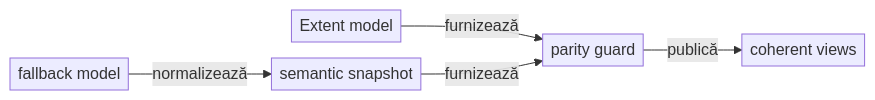
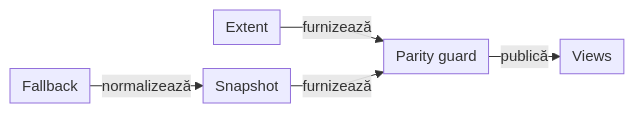
Before and after one commit to crististefanita/atf_j0: the eighth of 11 diagrams in docs/ATF_Architecture.md, drawn with Mermaid. The commit also changed other lines of this file and 97 other files, not shown here.

````diff
--- a/docs/ATF_Architecture.md
+++ b/docs/ATF_Architecture.md
@@ -557,12 +618,12 @@
 ```mermaid
-%%{init: {"themeVariables": {"fontSize": "16px"}, "themeCSS": ".edgeLabel p { font-size: 13px; line-height: 1.1; margin: 0; padding: 0 2px; }", "flowchart": {"nodeSpacing": 16, "rankSpacing": 48, "padding": 4}}}%%
+%%{init: {"themeVariables":{"fontSize":"15px"},"themeCSS":".nodeLabel, .nodeLabel p { font-size: 15px !important; line-height: 1.35 !important; } .edgeLabel, .edgeLabel p { font-size: 12px !important; font-weight: 400 !important; line-height: 1.2 !important; } .edgeLabel .labelBkg, .edgeLabel p { background: transparent !important; } .edgeLabel foreignObject { transform: translateY(-18px); overflow: visible; } .node rect { rx: 6px; ry: 6px; }","flowchart":{"curve":"linear","nodeSpacing":24,"rankSpacing":24,"padding":6,"diagramPadding":20}}}%%
 flowchart LR
-    Extent["Extent model"]
-    Fallback["fallback model"]
-    Adapter["semantic snapshot"]
-    Guard["parity guard"]
+    Extent["Extent"]
+    Fallback["Fallback"]
+    Adapter["Snapshot"]
+    Guard["Parity guard"]
     Extent -->|furnizează| Guard
     Fallback -->|normalizează| Adapter
     Adapter -->|furnizează| Guard
-    Guard -->|publică| Output["coherent views"]
+    Guard -->|publică| Output["Views"]
 ```
````
